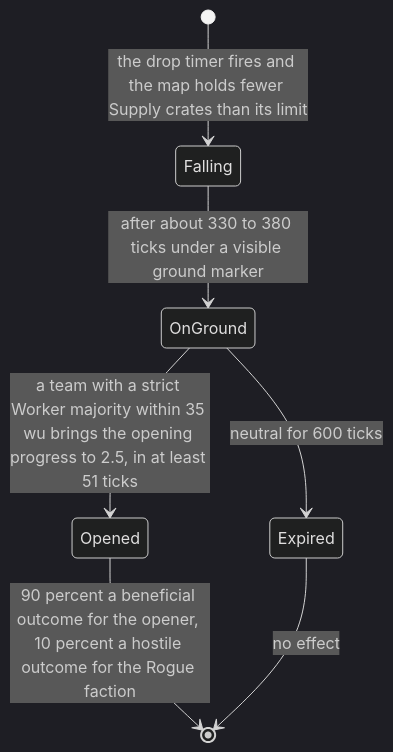
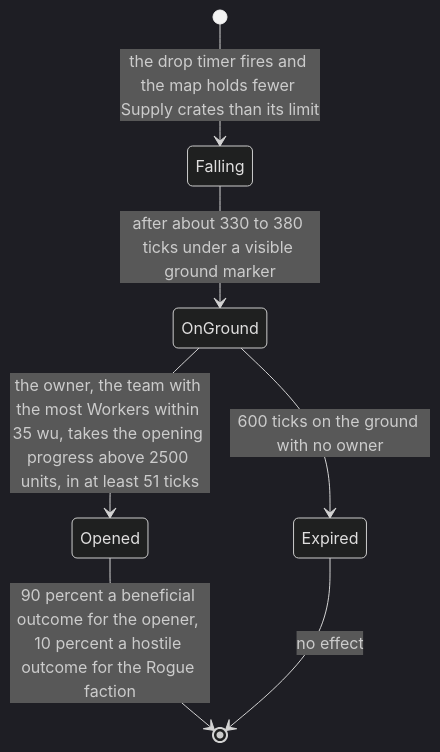
The fourth of 5 diagrams in design_next/reference/00_reference_overview.md (Zwaliebaba/Species.AI), drawn with Mermaid (dark theme) before and after one commit. The commit also changed other lines of this file and 27 other files, not shown here.

````diff
--- a/design_next/reference/00_reference_overview.md
+++ b/design_next/reference/00_reference_overview.md
@@ -505,9 +505,9 @@
 ```mermaid
 stateDiagram-v2
     [*] --> Falling: the drop timer fires and the map holds fewer Supply crates than its limit
     Falling --> OnGround: after about 330 to 380 ticks under a visible ground marker
-    OnGround --> Opened: a team with a strict Worker majority within 35 wu brings the opening progress to 2.5, in at least 51 ticks
-    OnGround --> Expired: neutral for 600 ticks
+    OnGround --> Opened: the owner, the team with the most Workers within 35 wu, takes the opening progress above 2500 units, in at least 51 ticks
+    OnGround --> Expired: 600 ticks on the ground with no owner
     Opened --> [*]: 90 percent a beneficial outcome for the opener, 10 percent a hostile outcome for the Rogue faction
     Expired --> [*]: no effect
 ```
````
